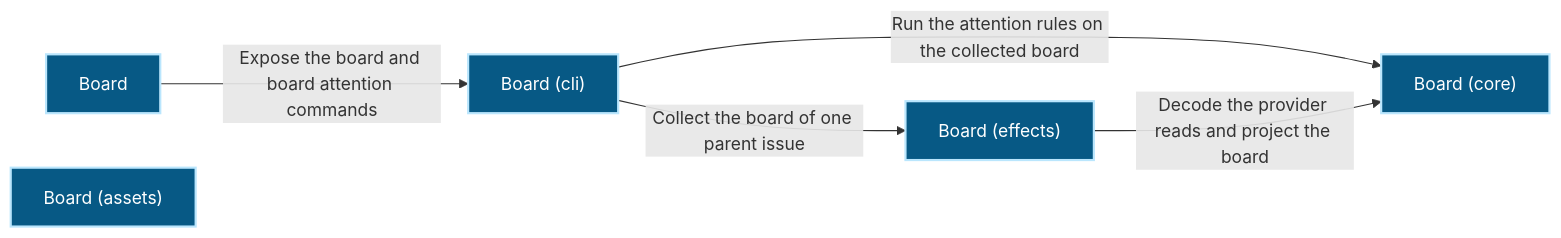
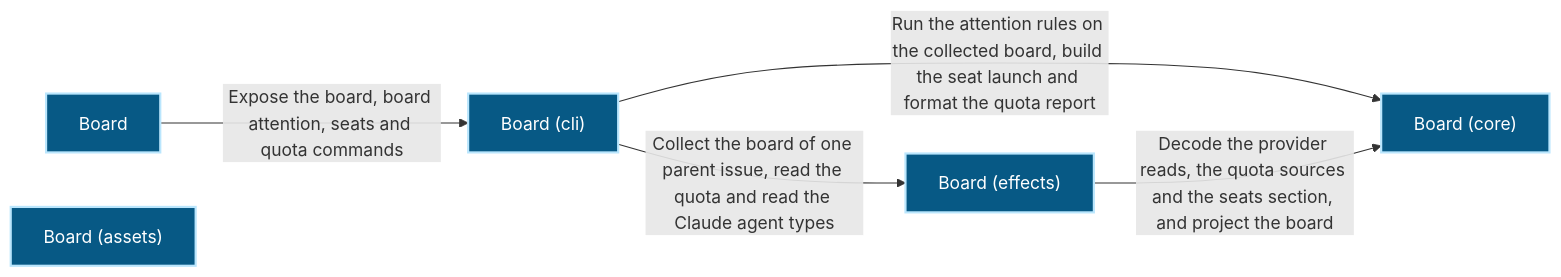
One commit to Ancienttwo/repo-harness changed the first of 2 diagrams in docs/architecture/modules/organization/board.md. Above: the diagram before and after it, drawn with Mermaid. The commit also changed other lines of this file and 19 other files, not shown here.

First line of the commit message:
chore(projection): refresh generated architecture outputs for main@5a92c31ccf98

````diff
--- a/docs/architecture/modules/organization/board.md
+++ b/docs/architecture/modules/organization/board.md
@@ -16,16 +16,16 @@
 ```mermaid
 flowchart LR
   p1_capability_organization_board_a5242ad5["Board"]:::component
   p1_component_board_assets_layer_2608d92b["Board (assets)"]:::component
   p1_component_board_cli_d6117ee8["Board (cli)"]:::component
   p1_component_board_core_94e5aae2["Board (core)"]:::component
   p1_component_board_effects_c9450ac3["Board (effects)"]:::component
-  p1_capability_organization_board_a5242ad5 -->|"Expose the board and board attention commands"| p1_component_board_cli_d6117ee8
-  p1_component_board_cli_d6117ee8 -->|"Run the attention rules on the collected board"| p1_component_board_core_94e5aae2
-  p1_component_board_cli_d6117ee8 -->|"Collect the board of one parent issue"| p1_component_board_effects_c9450ac3
-  p1_component_board_effects_c9450ac3 -->|"Decode the provider reads and project the board"| p1_component_board_core_94e5aae2
+  p1_capability_organization_board_a5242ad5 -->|"Expose the board#44; board attention#44; seats and quota commands"| p1_component_board_cli_d6117ee8
+  p1_component_board_cli_d6117ee8 -->|"Run the attention rules on the collected board#44; build the seat launch and format the quota report"| p1_component_board_core_94e5aae2
+  p1_component_board_cli_d6117ee8 -->|"Collect the board of one parent issue#44; read the quota and read the Claude agent types"| p1_component_board_effects_c9450ac3
+  p1_component_board_effects_c9450ac3 -->|"Decode the provider reads#44; the quota sources and the seats section#44; and project the board"| p1_component_board_core_94e5aae2
   classDef actor fill:#111827,color:#ffffff,stroke:#f9fafb,stroke-width:2px
   classDef component fill:#075985,color:#ffffff,stroke:#bae6fd,stroke-width:2px
   classDef datastore fill:#3f6212,color:#ffffff,stroke:#d9f99d,stroke-width:2px
   classDef external fill:#7c2d12,color:#ffffff,stroke:#fed7aa,stroke-width:2px
 ```
````
